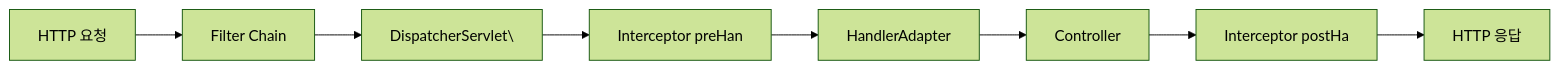
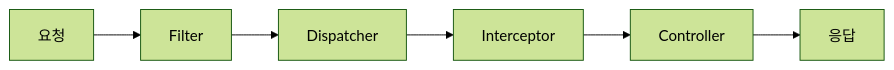
One commit to yjkim2015/yjkim2015.github.io changed the tenth of 14 diagrams in _posts/spring/2026-05-02-spring-mvc-deep.md. Above: the diagram before and after it, drawn with Mermaid (forest theme). The commit also changed other lines of this file and 163 other files, not shown here.

First line of the commit message:
Mermaid 300개 블록 내용 축소: 5노드 5엣지 이하, 의미 있는 약어

````diff
--- a/_posts/spring/2026-05-02-spring-mvc-deep.md
+++ b/_posts/spring/2026-05-02-spring-mvc-deep.md
@@ -703,10 +687,8 @@
 ```mermaid
-flowchart LR
-    A["HTTP 요청"] --> B["Filter Chain"]
-    B --> C["DispatcherServlet\"]
-    C --> D["Interceptor preHan"]
-    D --> E["HandlerAdapter"]
-    E --> F["Controller"]
-    F --> G["Interceptor postHa"]
-    G --> H["HTTP 응답"]
+graph LR
+    A[요청] --> B[Filter]
+    B --> C[Dispatcher]
+    C --> D[Interceptor]
+    D --> E[Controller]
+    E --> F[응답]
 ```
````
